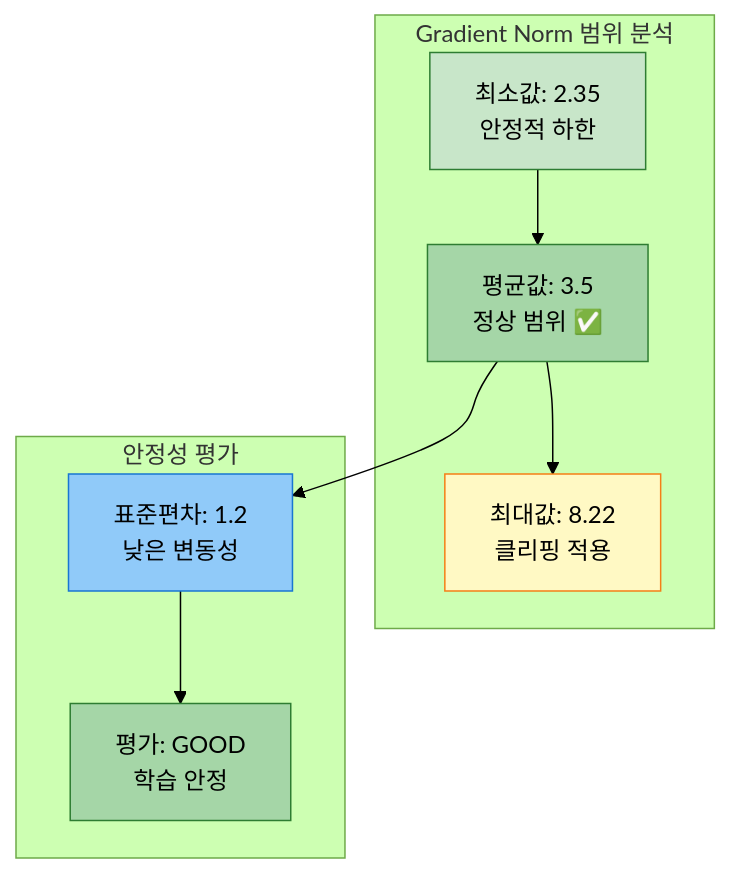
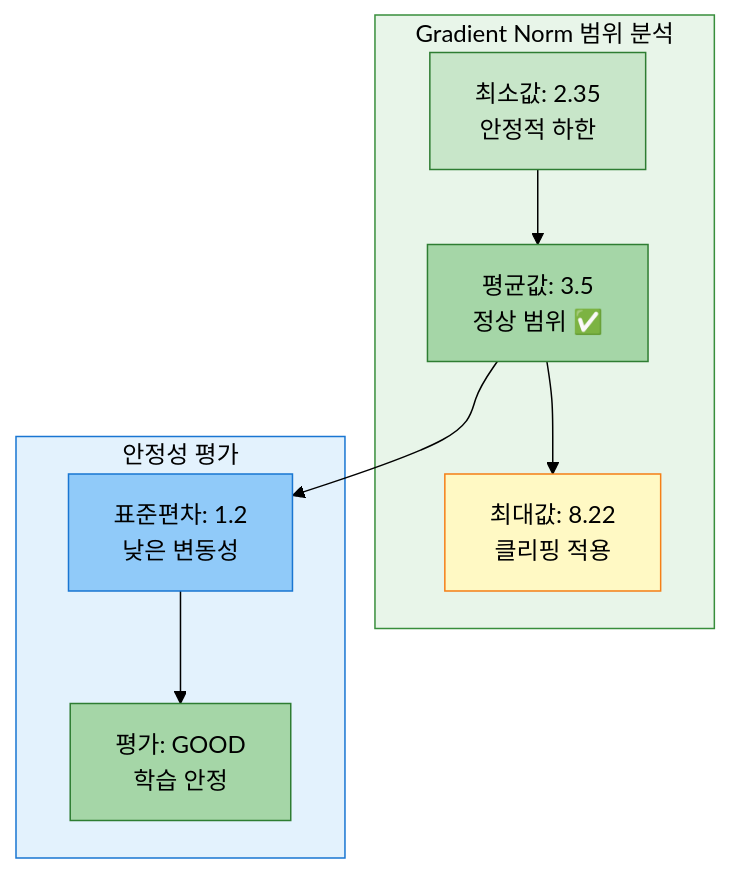
One commit to AIBootcamp14/naturallanguageprocessingcompetition-nlp-1 changed the seventh of 15 diagrams in docs/experiments/20251013_111525_strategy1_kobart_optimized_실험분석.md. Above: the diagram before and after it, drawn with Mermaid (forest theme). The commit also changed other lines of this file, not shown here.

First line of the commit message:
fix: mermaid 다이어그램 스타일 완전 수정

````diff
--- a/docs/experiments/20251013_111525_strategy1_kobart_optimized_실험분석.md
+++ b/docs/experiments/20251013_111525_strategy1_kobart_optimized_실험분석.md
@@ -425,22 +447,25 @@
 ```mermaid
 graph TB
     subgraph GradRange["Gradient Norm 범위 분석"]
         MIN[최소값: 2.35<br/>안정적 하한]
         AVG[평균값: 3.5<br/>정상 범위 ✅]
         MAX[최대값: 8.22<br/>클리핑 적용]
     end
 
     subgraph Stability["안정성 평가"]
         STD[표준편차: 1.2<br/>낮은 변동성]
         EVAL[평가: GOOD<br/>학습 안정]
     end
 
     MIN --> AVG --> MAX
     AVG --> STD --> EVAL
 
+    style GradRange fill:#e8f5e9,stroke:#388e3c,color:#000
+    style Stability fill:#e3f2fd,stroke:#1976d2,color:#000
+
     style MIN fill:#c8e6c9,stroke:#2e7d32,color:#000
     style AVG fill:#a5d6a7,stroke:#2e7d32,color:#000
     style MAX fill:#fff9c4,stroke:#f57f17,color:#000
     style STD fill:#90caf9,stroke:#1976d2,color:#000
     style EVAL fill:#a5d6a7,stroke:#2e7d32,color:#000
 ```
````
